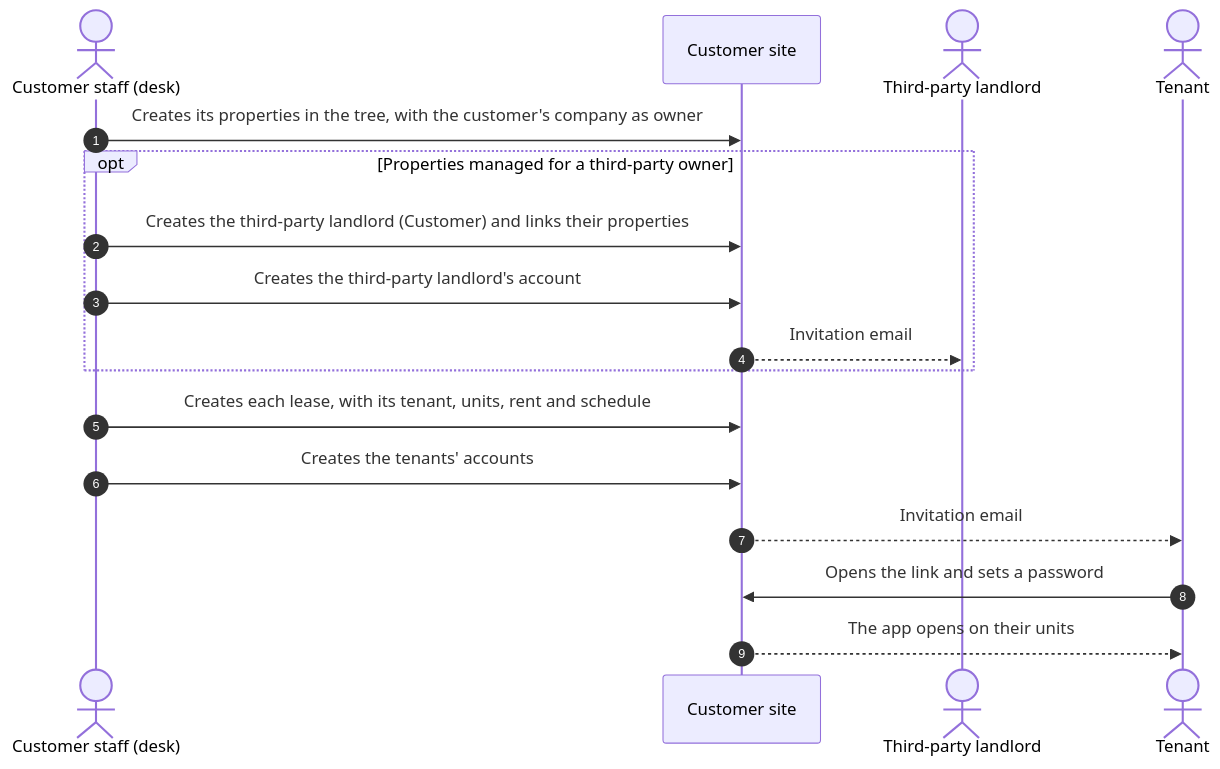
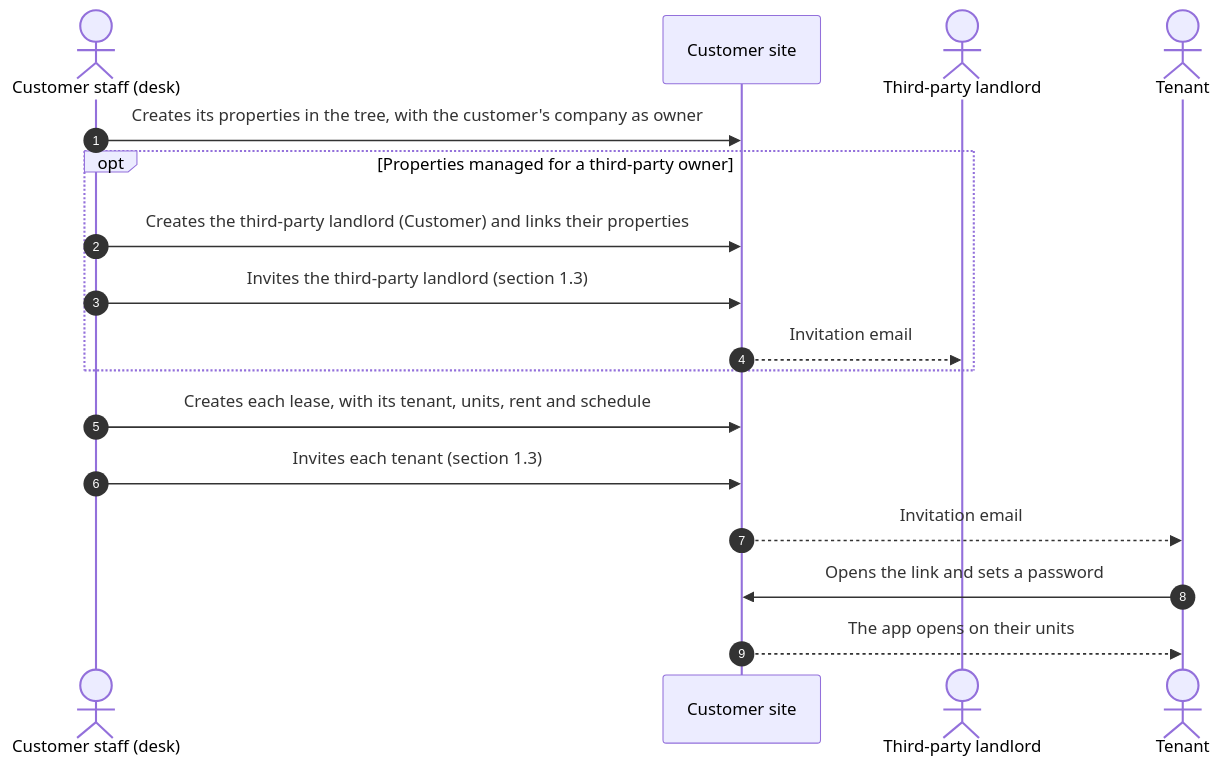
Before and after one commit to skyengpro/skyeng_immo: the second of 7 diagrams in doc/app-usage-flows-immo.md, drawn with Mermaid. The commit also changed other lines of this file and 12 other files, not shown here.

````diff
--- a/doc/app-usage-flows-immo.md
+++ b/doc/app-usage-flows-immo.md
@@ -56,20 +58,20 @@
 ```mermaid
 sequenceDiagram
     autonumber
     actor G as Customer staff (desk)
     participant D as Customer site
     actor B as Third-party landlord
     actor L as Tenant
 
     G->>D: Creates its properties in the tree, with the customer's company as owner
     opt Properties managed for a third-party owner
         G->>D: Creates the third-party landlord (Customer) and links their properties
-        G->>D: Creates the third-party landlord's account
+        G->>D: Invites the third-party landlord (section 1.3)
         D-->>B: Invitation email
     end
     G->>D: Creates each lease, with its tenant, units, rent and schedule
-    G->>D: Creates the tenants' accounts
+    G->>D: Invites each tenant (section 1.3)
     D-->>L: Invitation email
     L->>D: Opens the link and sets a password
     D-->>L: The app opens on their units
 ```
````
